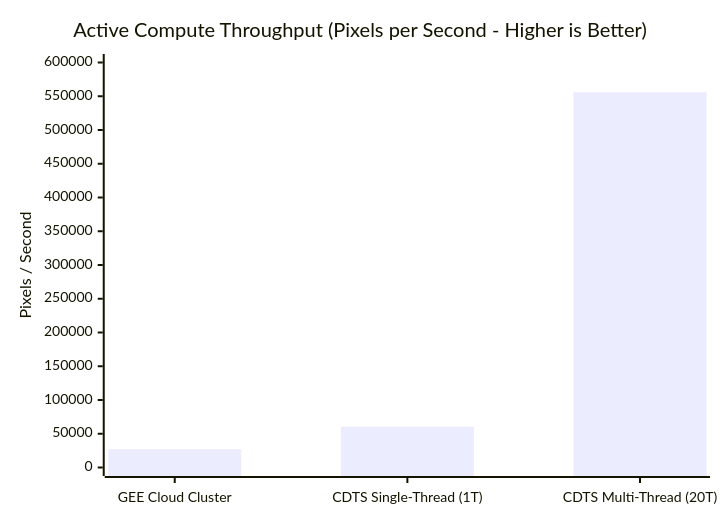
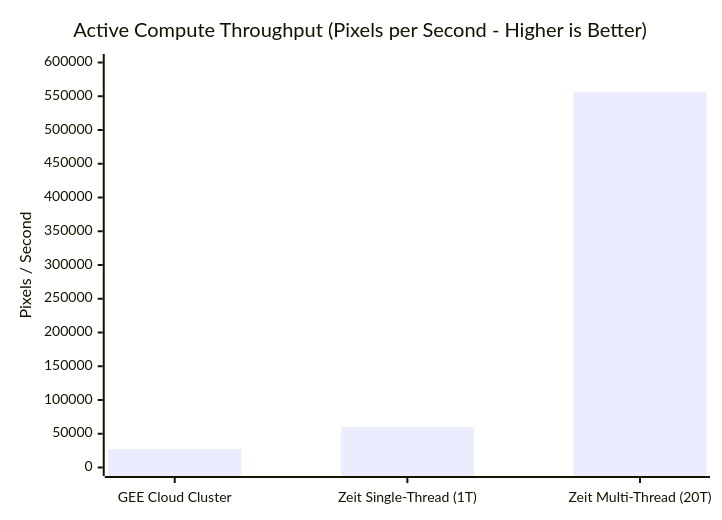
The diagram in docs/benchmarks/performance.md (sacridini/cdts), drawn with Mermaid before and after one commit. The commit also changed other lines of this file and 170 other files, not shown here.

First line of the commit message:
chore: rename project from cdts to zeit

````diff
--- a/docs/benchmarks/performance.md
+++ b/docs/benchmarks/performance.md
@@ -94,7 +94,7 @@
 ```mermaid
 xychart-beta
     title "Active Compute Throughput (Pixels per Second - Higher is Better)"
-    x-axis ["GEE Cloud Cluster", "CDTS Single-Thread (1T)", "CDTS Multi-Thread (20T)"]
+    x-axis ["GEE Cloud Cluster", "Zeit Single-Thread (1T)", "Zeit Multi-Thread (20T)"]
     y-axis "Pixels / Second" 0 --> 600000
     bar [27213, 60492, 556007]
 ```
````
